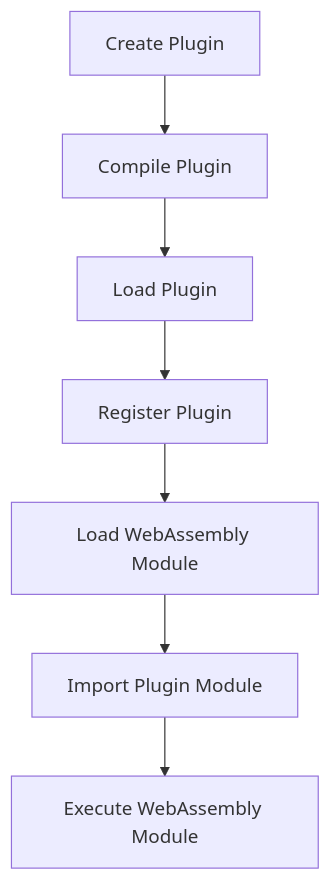
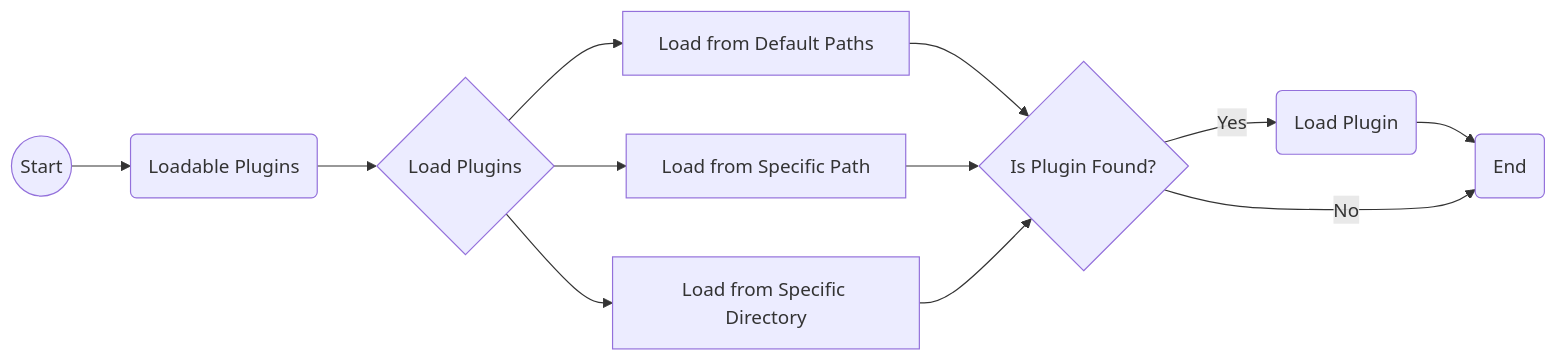
The diagram in docs/contribute/plugin/intro.md (WasmEdge/docs), drawn with Mermaid before and after one commit. The commit also changed other lines of this file, not shown here.

Commit message:
update flowchart and format

````diff
--- a/docs/contribute/plugin/intro.md
+++ b/docs/contribute/plugin/intro.md
@@ -46,16 +40,15 @@
-  <div class="mermaid">
-    graph TD
-    A[Create Plugin]
-    B[Compile Plugin]
-    C[Load Plugin]
-    D[Register Plugin]
-    E[Load WebAssembly Module]
-    F[Import Plugin Module]
-    G[Execute WebAssembly Module]
-    A --> B
-    B --> C
-    C --> D
-    D --> E
-    E --> F
+```mermaid
+graph LR
+    A((Start)) --> B(Loadable Plugins)
+    B --> C{Load Plugins}
+    C --> D[Load from Default Paths]
+    C --> E[Load from Specific Path]
+    C --> F[Load from Specific Directory]
+    D --> G{Is Plugin Found?}
+    E --> G
     F --> G
-  </div>
+    G -- Yes --> H(Load Plugin)
+    H --> I(End)
+    G -- No --> I
+
+```
````
